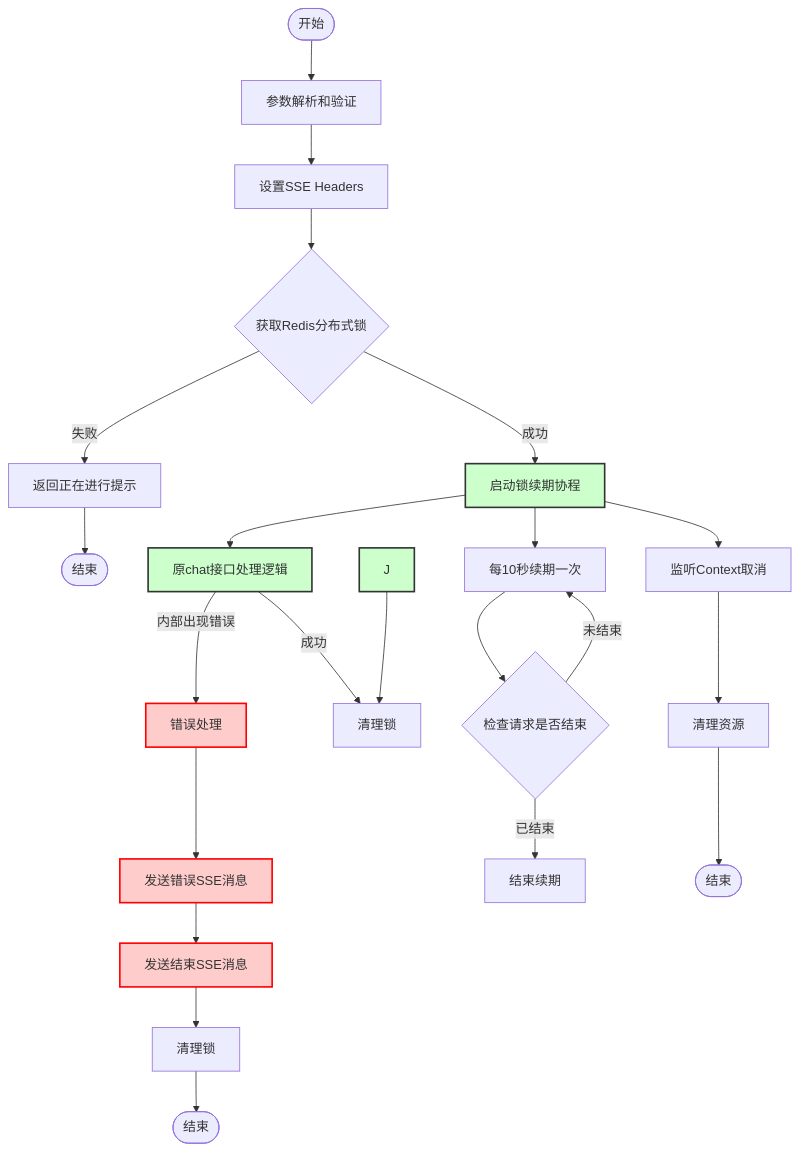
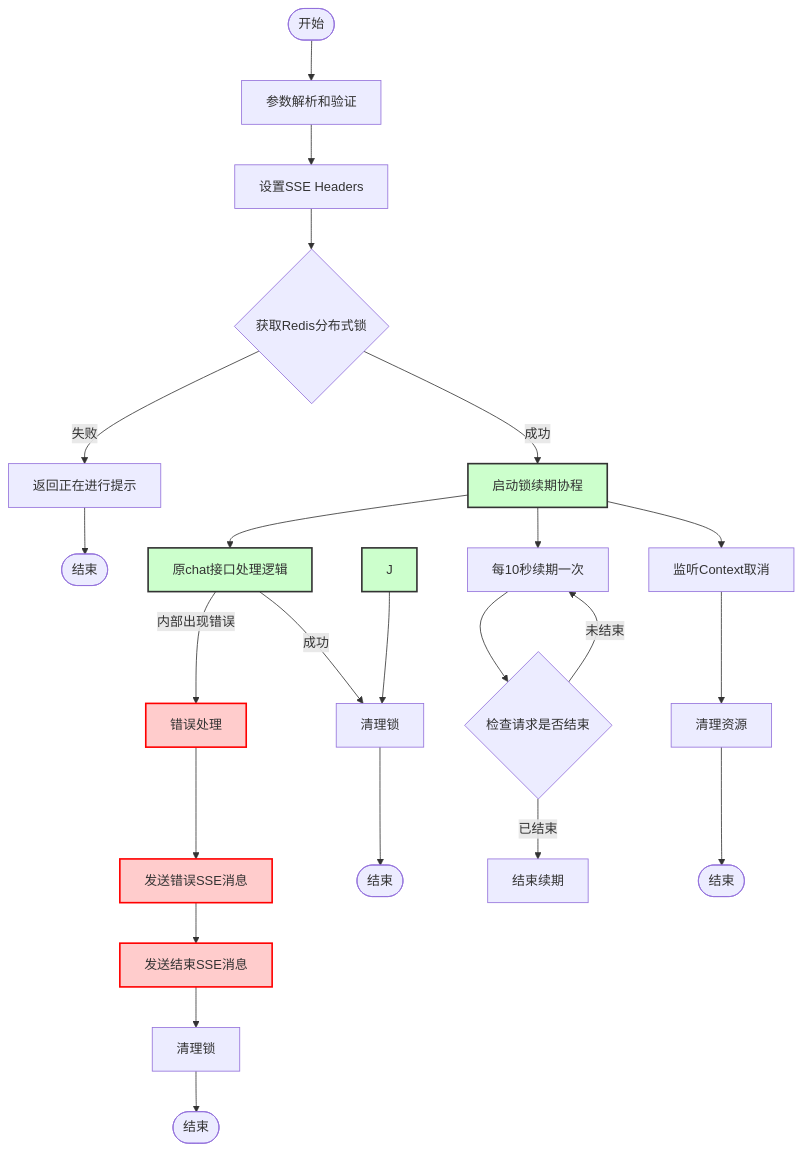
One commit to yingjianzh/iodraw-files changed the diagram in all/未命名-15.md. Above: the diagram before and after it, drawn with Mermaid.

Commit message:
2025-01-02 17:44:55 update

````diff
--- a/all/未命名-15.md
+++ b/all/未命名-15.md
@@ -1,42 +1,43 @@
 ```mermaid
 flowchart TD
     Start([开始]) --> A[参数解析和验证]
     A --> B[设置SSE Headers]
     B --> C{获取Redis分布式锁}
     
     C -->|失败| D[返回正在进行提示]
     D --> End1([结束])
     
     C -->|成功| E[启动锁续期协程]
     E --> F[原chat接口处理逻辑]
     
     F -->|内部出现错误| G[错误处理]
+     %% 正常结束流程
     F -->|成功| N[清理锁]
-    
+    N --> End3([结束])
     
     %% 错误处理流程
     G --> K[发送错误SSE消息]
     K --> L[发送结束SSE消息]
     L --> M[清理锁]
     M --> End2([结束])
     
-    %% 正常结束流程
+   
     J --> N[清理锁]
     
     
     %% 锁续期协程
     E --> O[每10秒续期一次]
     O --> P{检查请求是否结束}
     P -->|未结束| O
     P -->|已结束| Q[结束续期]
     
     %% Context取消监听
     E --> R[监听Context取消]
     R --> S[清理资源]
     S --> End4([结束])
     
     classDef error fill:#ffcccc,stroke:#ff0000,stroke-width:2px
     classDef normal fill:#ccffcc,stroke:#333,stroke-width:2px
     class G,K,L error
     class E,F,I,J normal
 ```
````
